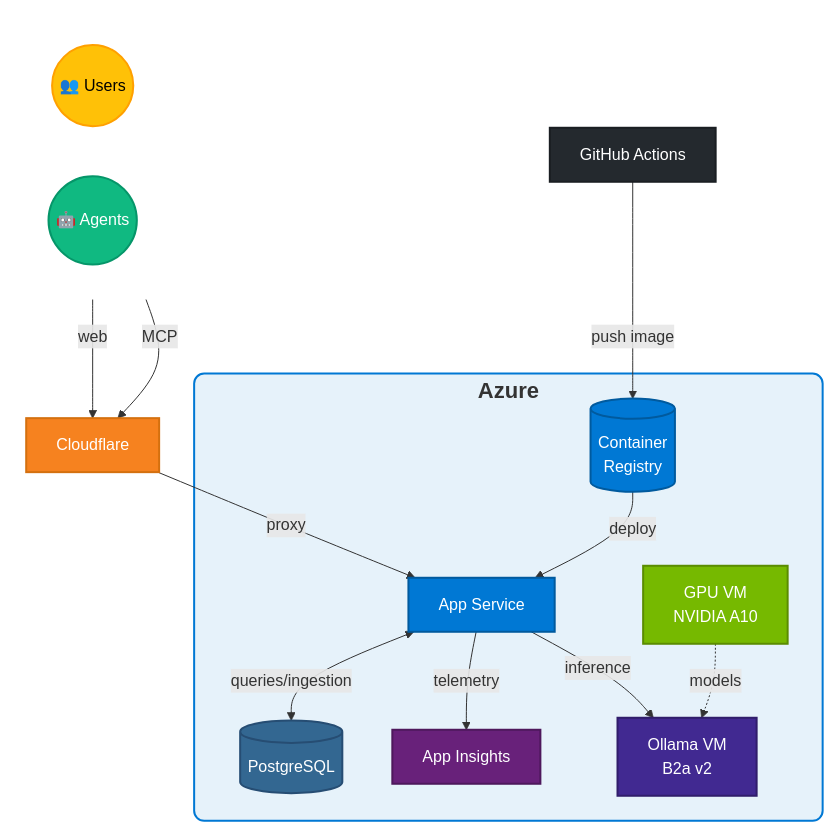
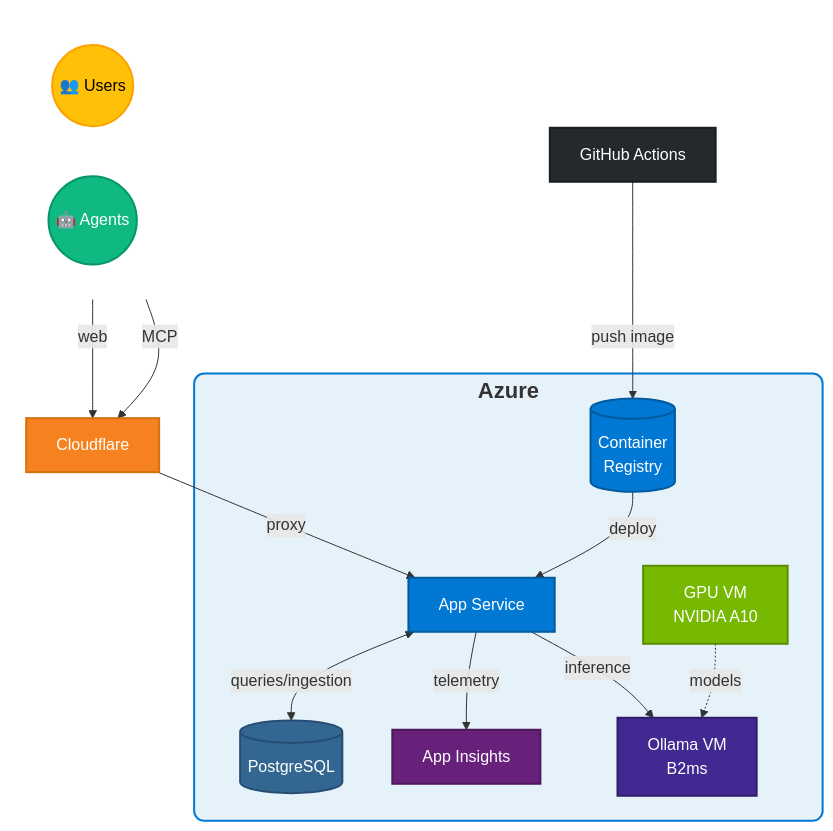
Before and after one commit to atomassi/rbac-catalog: the first of 2 diagrams in README.md, drawn with Mermaid. The commit also changed other lines of this file and 1 other file, not shown here.

````diff
--- a/README.md
+++ b/README.md
@@ -62,42 +71,42 @@
 ```mermaid
 flowchart TD
     subgraph Clients[" "]
         direction LR
         USER((👥 Users)):::user
         AI((🤖 Agents)):::ai
     end
     GH[GitHub Actions]:::github
     CDN[Cloudflare]:::cdn
     
     subgraph AZ ["<span style='font-size:22px;font-weight:bold'>Azure</span>"]
         CR[(Container<br/>Registry)]:::azure
         AS[App Service]:::azure
         PG[(PostgreSQL)]:::db
         INSIGHTS[App Insights]:::monitor
-        OL[Ollama VM<br/>B2a v2]:::ollama
+        OL[Ollama VM<br/>B2ms]:::ollama
         GPU[GPU VM<br/>NVIDIA A10]:::gpu
     end
     
     USER -->|web| CDN
     AI -->|MCP| CDN
     CDN -->|proxy| AS
     GH -->|push image| CR
     CR -->|deploy| AS
     AS <-->|queries/ingestion| PG
     AS -->|telemetry| INSIGHTS
     AS -->|inference| OL
     GPU -.->|models| OL
     
     classDef user fill:#FFC107,color:#000,stroke:#FFA000,stroke-width:2px
     classDef ai fill:#10B981,color:#fff,stroke:#059669,stroke-width:2px
     classDef github fill:#24292e,color:#fff,stroke:#1a1e22,stroke-width:2px
     classDef cdn fill:#F6821F,color:#fff,stroke:#d4700f,stroke-width:2px
     classDef azure fill:#0078D4,color:#fff,stroke:#005a9e,stroke-width:2px
     classDef db fill:#336791,color:#fff,stroke:#264d73,stroke-width:2px
     classDef ollama fill:#412991,color:#fff,stroke:#301d6b,stroke-width:2px
     classDef gpu fill:#76B900,color:#fff,stroke:#5a8c00,stroke-width:2px
     classDef monitor fill:#68217A,color:#fff,stroke:#4e185c,stroke-width:2px
     
     style AZ fill:#E6F2FA,stroke:#0078D4,stroke-width:2px,rx:10
     style Clients fill:none,stroke:none
 ```
````
